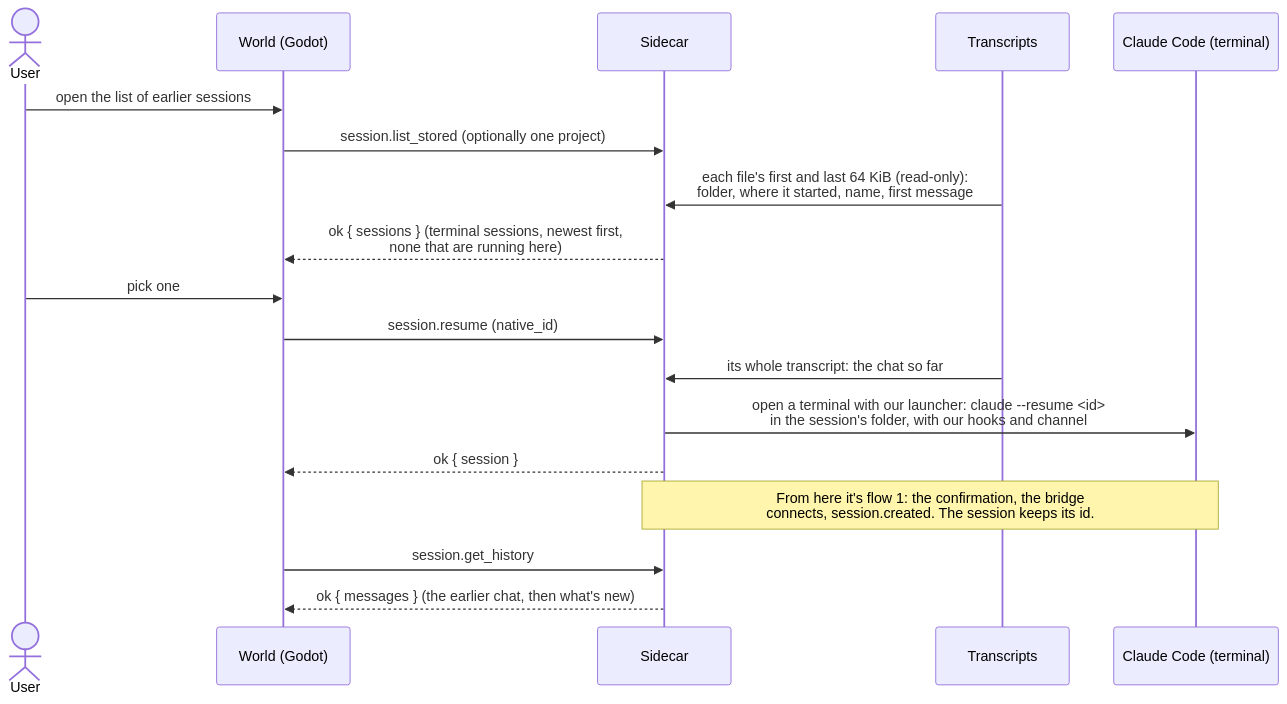
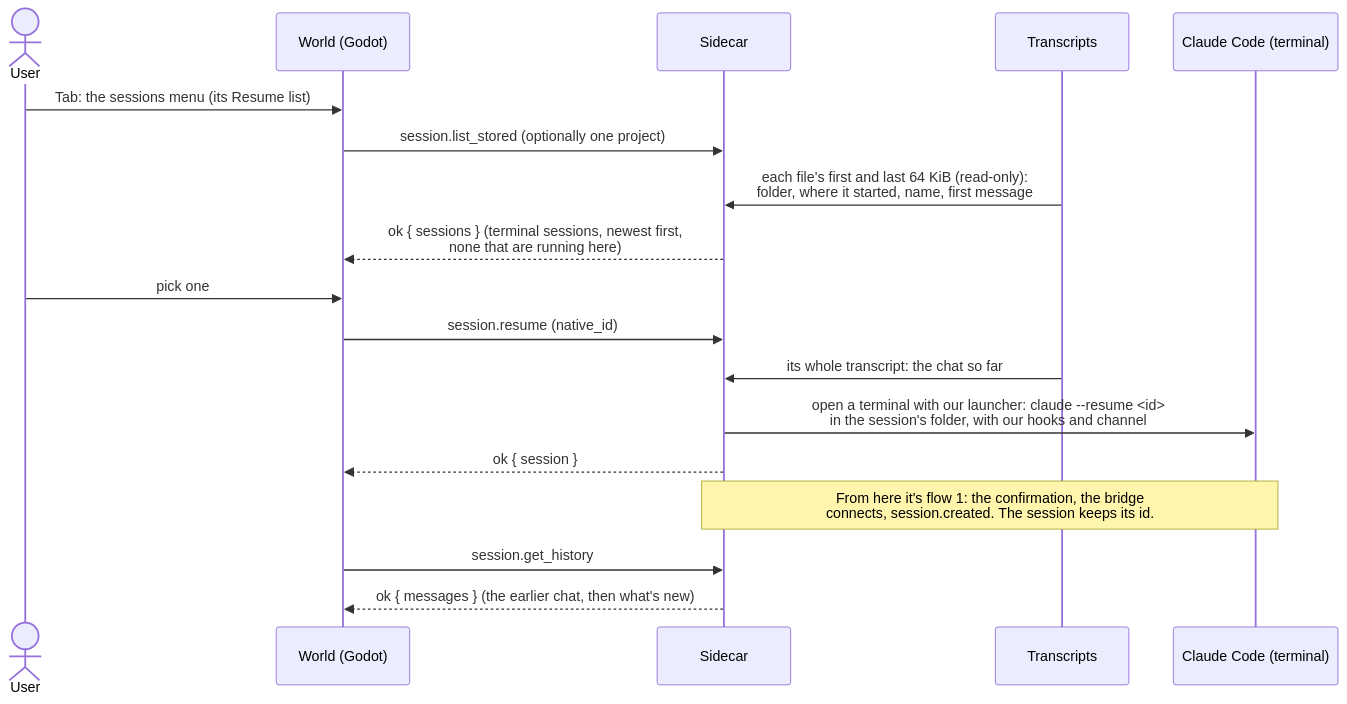
The ninth of 10 diagrams in docs/flows.md (PaoloPortugal/The-Beach), drawn with Mermaid before and after one commit. The commit also changed other lines of this file and 6 other files, not shown here.

First line of the commit message:
Docs for the sessions menu (S03, S04, W07); live-check list

````diff
--- a/docs/flows.md
+++ b/docs/flows.md
@@ -344,21 +345,21 @@
 ```mermaid
 sequenceDiagram
     actor User
     participant World as World (Godot)
     participant Sidecar
     participant Store as Transcripts
     participant Claude as Claude Code (terminal)
 
-    User->>World: open the list of earlier sessions
+    User->>World: Tab: the sessions menu (its Resume list)
     World->>Sidecar: session.list_stored (optionally one project)
     Store->>Sidecar: each file's first and last 64 KiB (read-only):<br/>folder, where it started, name, first message
     Sidecar-->>World: ok { sessions } (terminal sessions, newest first,<br/>none that are running here)
     User->>World: pick one
     World->>Sidecar: session.resume (native_id)
     Store->>Sidecar: its whole transcript: the chat so far
     Sidecar->>Claude: open a terminal with our launcher: claude --resume <id><br/>in the session's folder, with our hooks and channel
     Sidecar-->>World: ok { session }
     Note over Claude,Sidecar: From here it's flow 1: the confirmation, the bridge<br/>connects, session.created. The session keeps its id.
     World->>Sidecar: session.get_history
     Sidecar-->>World: ok { messages } (the earlier chat, then what's new)
 ```
````
